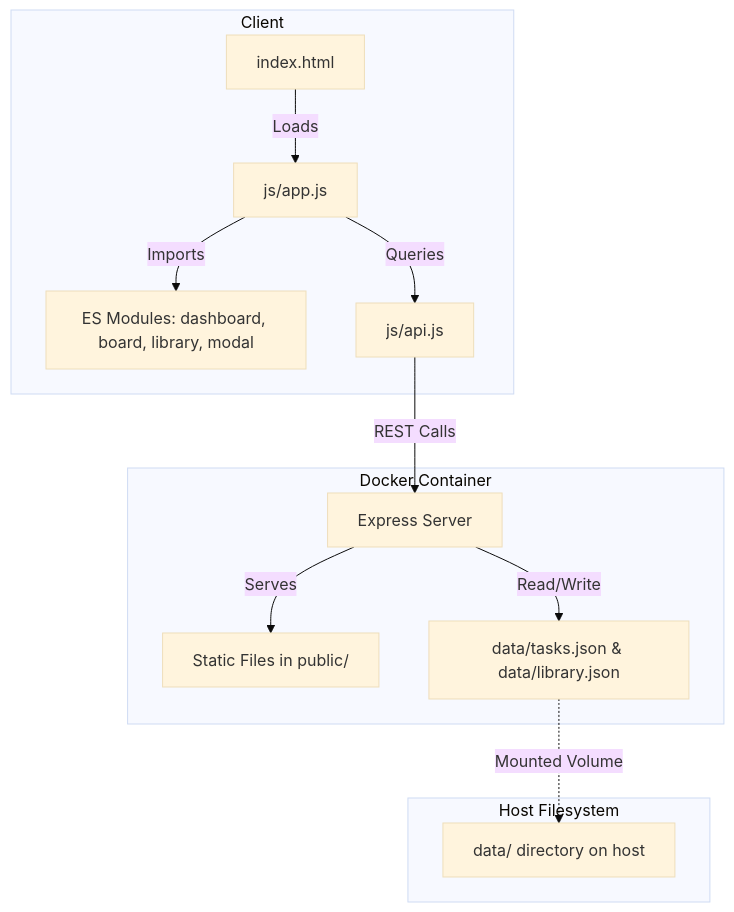
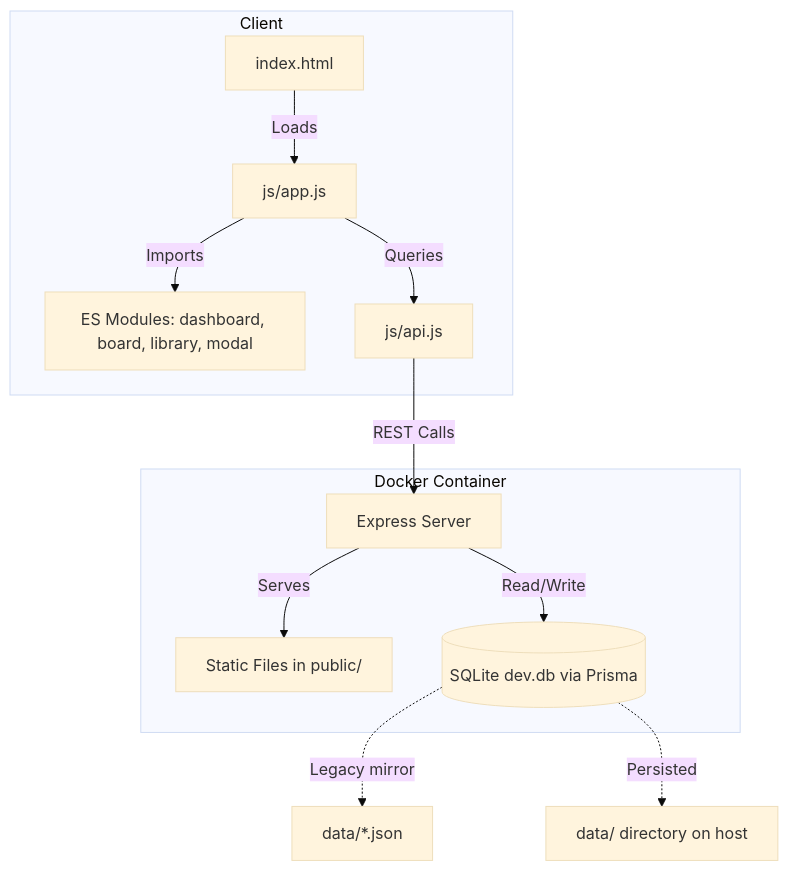
Before and after one commit to jjacobson815/repo-ops-tracker: the diagram in dev-docs/Architecture & Stack.md, drawn with Mermaid (base theme). The commit also changed other lines of this file and 22 other files, not shown here.

First line of the commit message:
Add Prisma + SQLite persistence layer and migration tooling

````diff
--- a/dev-docs/Architecture & Stack.md
+++ b/dev-docs/Architecture & Stack.md
@@ -7,18 +7,17 @@
 ```mermaid
 graph TD
     subgraph Browser[Client]
         HTML[index.html] -->|Loads| AppJS[js/app.js]
         AppJS -->|Imports| ESM[ES Modules: dashboard, board, library, modal]
         AppJS -->|Queries| API[js/api.js]
     end
     
     subgraph Docker Container
         Express[Express Server] -->|Serves| Static[Static Files in public/]
         API -->|REST Calls| Express
-        Express -->|Read/Write| JSON[data/tasks.json & data/library.json]
+        Express -->|Read/Write| SQLite[(SQLite dev.db via Prisma)]
     end
 
-    subgraph Host Filesystem
-        JSON -.->|Mounted Volume| Host[data/ directory on host]
-    end
+    SQLite -.->|Legacy mirror| JSON[data/*.json]
+    SQLite -.->|Persisted| Host[data/ directory on host]
 ```
````
